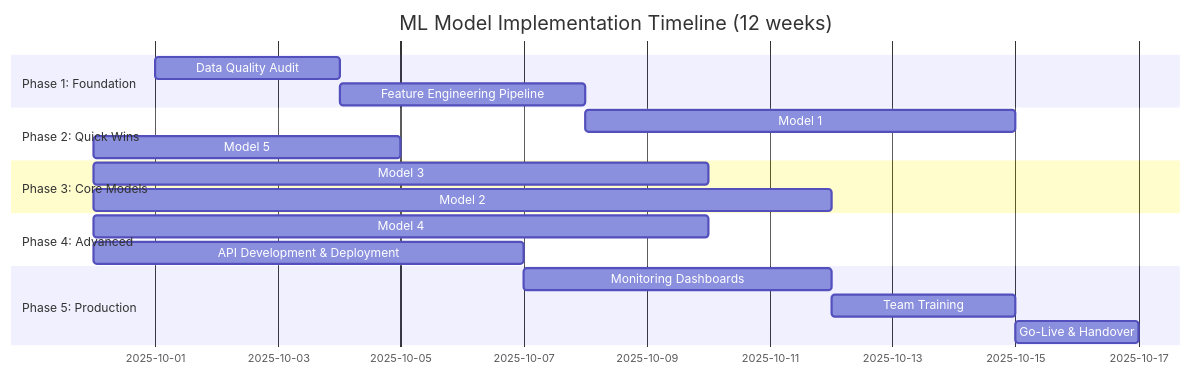
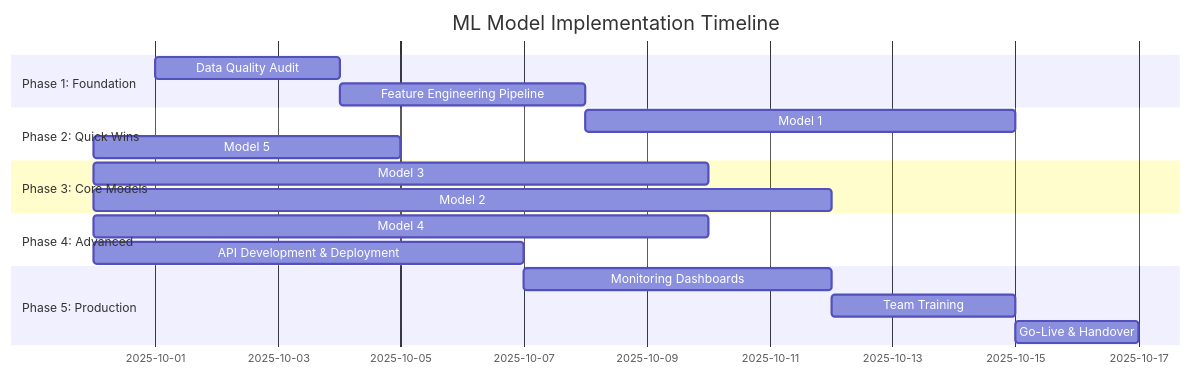
Before and after one commit to interview-tasks/Inforotor_AI_developer: the ninth of 12 diagrams in README.md, drawn with Mermaid. The commit also changed other lines of this file, not shown here.

````diff
--- a/README.md
+++ b/README.md
@@ -1670,21 +499,21 @@
 ```mermaid
 gantt
-    title ML Model Implementation Timeline (12 weeks)
+    title ML Model Implementation Timeline
     dateFormat  YYYY-MM-DD
     section Phase 1: Foundation
     Data Quality Audit           :a1, 2025-10-01, 3d
     Feature Engineering Pipeline :a2, after a1, 4d
     section Phase 2: Quick Wins
     Model 1: Customer Segmentation :b1, after a2, 7d
     Model 5: POS Location Ranking  :b2, after b1, 5d
     section Phase 3: Core Models
     Model 3: Churn Risk Scoring    :c1, after b2, 10d
     Model 2: Purchase Prediction   :c2, after c1, 12d
     section Phase 4: Advanced
     Model 4: Sentiment Analysis    :d1, after c2, 10d
     API Development & Deployment   :d2, after d1, 7d
     section Phase 5: Production
     Monitoring Dashboards          :e1, after d2, 5d
     Team Training                  :e2, after e1, 3d
     Go-Live & Handover            :e3, after e2, 2d
 ```
````
